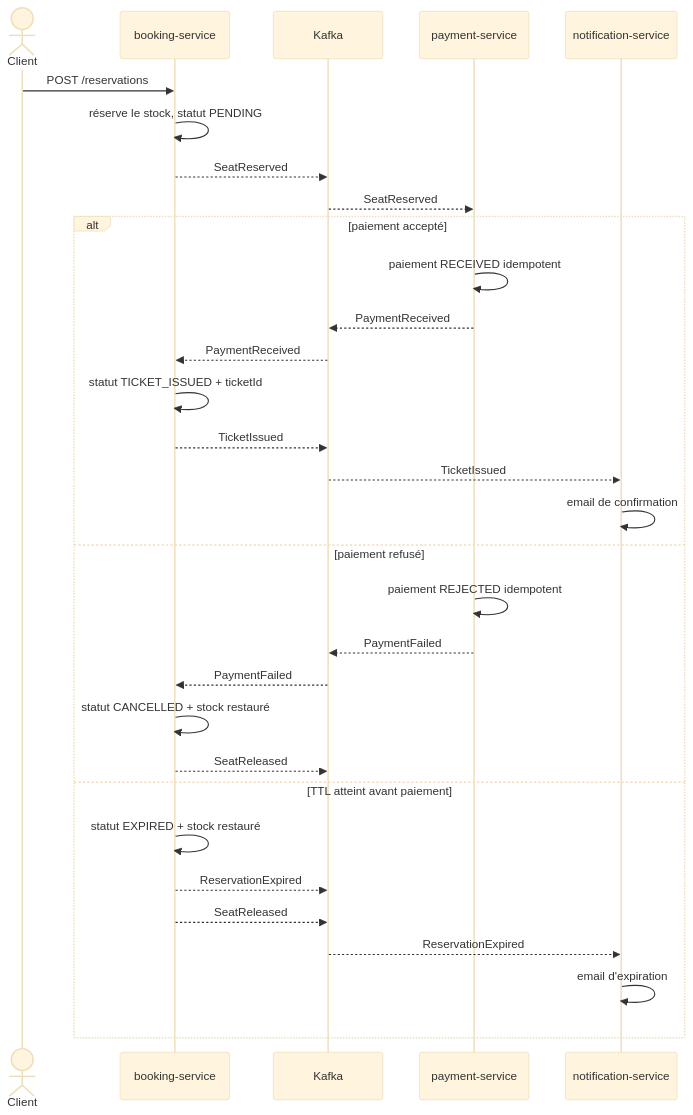
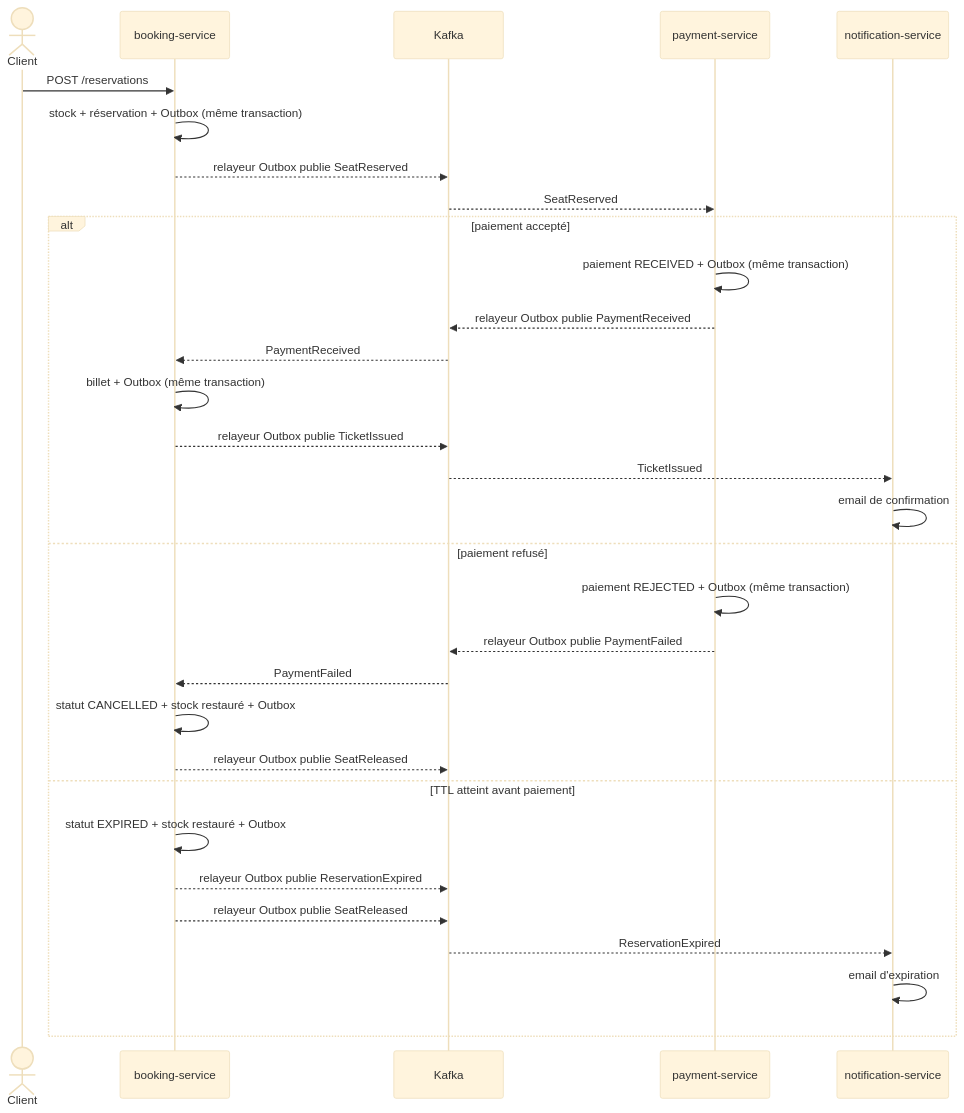
Before and after one commit to al4-esgi/microservices-tickrush: the first of 2 diagrams in docs/saga.md, drawn with Mermaid (base theme). The commit also changed other lines of this file and 33 other files, not shown here.

````diff
--- a/docs/saga.md
+++ b/docs/saga.md
@@ -8,34 +8,34 @@
 ```mermaid
 sequenceDiagram
     actor Client
     participant Booking as booking-service
     participant Kafka
     participant Payment as payment-service
     participant Notification as notification-service
 
     Client->>Booking: POST /reservations
-    Booking->>Booking: réserve le stock, statut PENDING
-    Booking-->>Kafka: SeatReserved
+    Booking->>Booking: stock + réservation + Outbox (même transaction)
+    Booking-->>Kafka: relayeur Outbox publie SeatReserved
     Kafka-->>Payment: SeatReserved
     alt paiement accepté
-        Payment->>Payment: paiement RECEIVED idempotent
-        Payment-->>Kafka: PaymentReceived
+        Payment->>Payment: paiement RECEIVED + Outbox (même transaction)
+        Payment-->>Kafka: relayeur Outbox publie PaymentReceived
         Kafka-->>Booking: PaymentReceived
-        Booking->>Booking: statut TICKET_ISSUED + ticketId
-        Booking-->>Kafka: TicketIssued
+        Booking->>Booking: billet + Outbox (même transaction)
+        Booking-->>Kafka: relayeur Outbox publie TicketIssued
         Kafka-->>Notification: TicketIssued
         Notification->>Notification: email de confirmation
     else paiement refusé
-        Payment->>Payment: paiement REJECTED idempotent
-        Payment-->>Kafka: PaymentFailed
+        Payment->>Payment: paiement REJECTED + Outbox (même transaction)
+        Payment-->>Kafka: relayeur Outbox publie PaymentFailed
         Kafka-->>Booking: PaymentFailed
-        Booking->>Booking: statut CANCELLED + stock restauré
-        Booking-->>Kafka: SeatReleased
+        Booking->>Booking: statut CANCELLED + stock restauré + Outbox
+        Booking-->>Kafka: relayeur Outbox publie SeatReleased
     else TTL atteint avant paiement
-        Booking->>Booking: statut EXPIRED + stock restauré
-        Booking-->>Kafka: ReservationExpired
-        Booking-->>Kafka: SeatReleased
+        Booking->>Booking: statut EXPIRED + stock restauré + Outbox
+        Booking-->>Kafka: relayeur Outbox publie ReservationExpired
+        Booking-->>Kafka: relayeur Outbox publie SeatReleased
         Kafka-->>Notification: ReservationExpired
         Notification->>Notification: email d'expiration
     end
 ```
````
